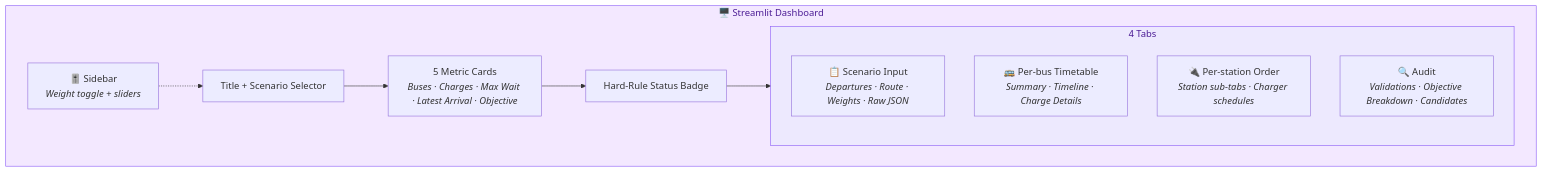
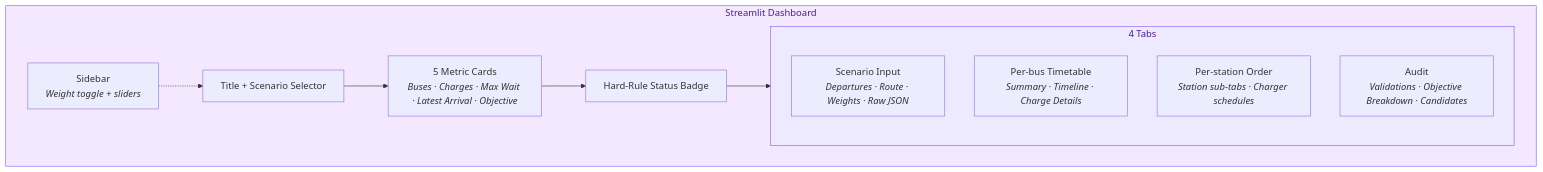
The seventh of 13 diagrams in ARCHITECTURE.md (mukulgupta11/bus_charging_scheduler), drawn with Mermaid before and after one commit. The commit also changed other lines of this file and 3 other files, not shown here.

````diff
--- a/ARCHITECTURE.md
+++ b/ARCHITECTURE.md
@@ -439,23 +439,23 @@
 ```mermaid
 graph TD
-    subgraph DASHBOARD["🖥️ Streamlit Dashboard"]
+    subgraph DASHBOARD["Streamlit Dashboard"]
         HEADER["Title + Scenario Selector"]
         METRICS["5 Metric Cards<br/><i>Buses · Charges · Max Wait · Latest Arrival · Objective</i>"]
         STATUS["Hard-Rule Status Badge"]
 
         subgraph TABS["4 Tabs"]
-            T1["📋 Scenario Input<br/><i>Departures · Route · Weights · Raw JSON</i>"]
-            T2["🚌 Per-bus Timetable<br/><i>Summary · Timeline · Charge Details</i>"]
-            T3["🔌 Per-station Order<br/><i>Station sub-tabs · Charger schedules</i>"]
-            T4["🔍 Audit<br/><i>Validations · Objective Breakdown · Candidates</i>"]
+            T1["Scenario Input<br/><i>Departures · Route · Weights · Raw JSON</i>"]
+            T2["Per-bus Timetable<br/><i>Summary · Timeline · Charge Details</i>"]
+            T3["Per-station Order<br/><i>Station sub-tabs · Charger schedules</i>"]
+            T4["Audit<br/><i>Validations · Objective Breakdown · Candidates</i>"]
         end
 
-        SIDEBAR["🎚️ Sidebar<br/><i>Weight toggle + sliders</i>"]
+        SIDEBAR["Sidebar<br/><i>Weight toggle + sliders</i>"]
     end
 
     HEADER --> METRICS --> STATUS --> TABS
     SIDEBAR -.-> HEADER
 
     style DASHBOARD fill:#F3E8FF,stroke:#8B5CF6,color:#4C1D95
     style TABS fill:#EDE9FE,stroke:#8B5CF6,color:#4C1D95
 ```
````
